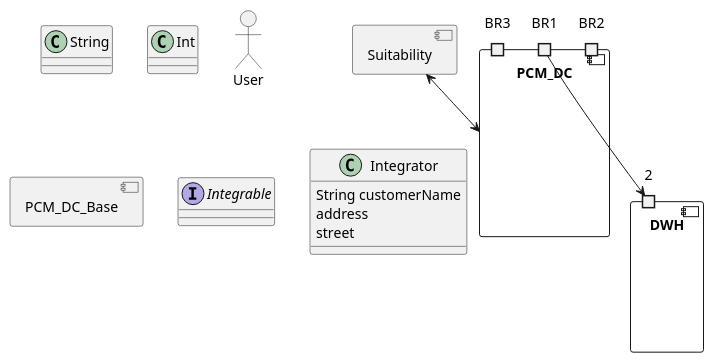
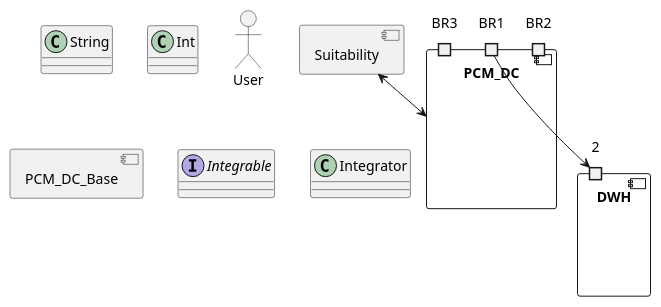
The diagram in out.puml (ivellapillil/sofaman), drawn with PlantUML before and after one commit. The commit also changed 10 other files, not shown here.

```diff
--- a/out.puml
+++ b/out.puml
@@ -1,34 +1,29 @@
 @startuml out
 allowmixing
 
 class String
 
 class  Int
 
 actor User
 
 component PCM_DC{
     port BR1
     port  BR2
     port  BR3
 }
 
 component PCM_DC_Base
 component Suitability
 component DWH{
     port 2
 }
 
 Suitability <--> PCM_DC
 
 BR1 --> 2
 
 interface Integrable
 
-class Integrator{
-    String customerName
-    address
-    street
-}
-
+class Integrator
 @enduml
```
